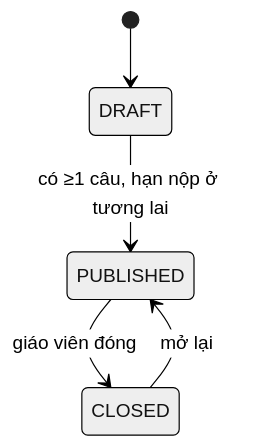
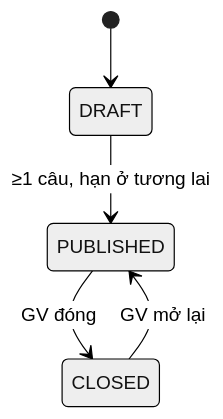
The third of 4 diagrams in docs/06-business-rules-and-states.md (Huutuyen205/CoreLinkAcademy), drawn with Mermaid (neutral theme) before and after one commit. The commit also changed other lines of this file and 100 other files, not shown here.

````diff
--- a/docs/06-business-rules-and-states.md
+++ b/docs/06-business-rules-and-states.md
@@ -68,7 +162,7 @@
 ```mermaid
 stateDiagram-v2
   [*] --> DRAFT
-  DRAFT --> PUBLISHED: có ≥1 câu, hạn nộp ở tương lai
-  PUBLISHED --> CLOSED: giáo viên đóng
-  CLOSED --> PUBLISHED: mở lại
+  DRAFT --> PUBLISHED: ≥1 câu, hạn ở tương lai
+  PUBLISHED --> CLOSED: GV đóng
+  CLOSED --> PUBLISHED: GV mở lại
 ```
````
